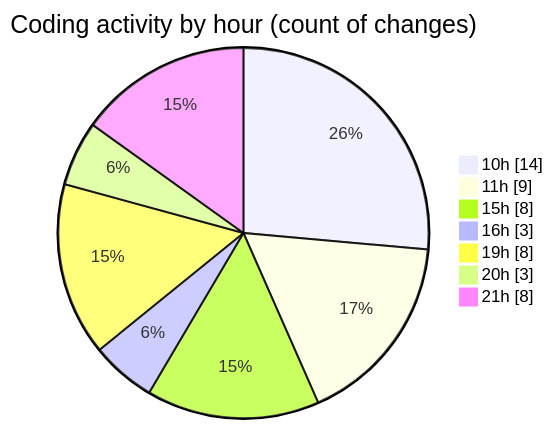
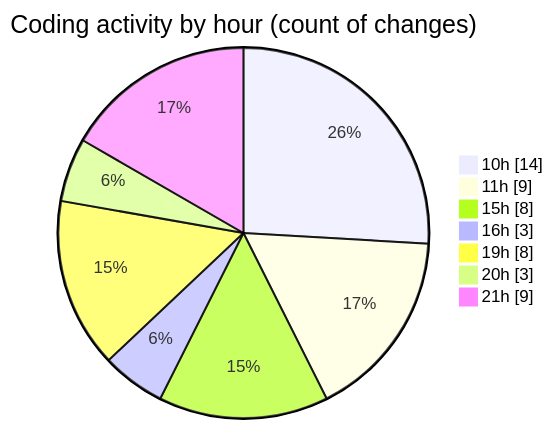
The second of 2 diagrams in 2025-02-08/react_ecom/README.md (Elitesun/code-tracking), drawn with Mermaid before and after one commit. The commit also changed other lines of this file and 1 other file, not shown here.

````diff
--- a/2025-02-08/react_ecom/README.md
+++ b/2025-02-08/react_ecom/README.md
@@ -38,11 +39,11 @@
 ```mermaid
 pie showData
 title Coding activity by hour (count of changes)
 "10h" : 14
 "11h" : 9
 "15h" : 8
 "16h" : 3
 "19h" : 8
 "20h" : 3
-"21h" : 8
+"21h" : 9
 ```
````
